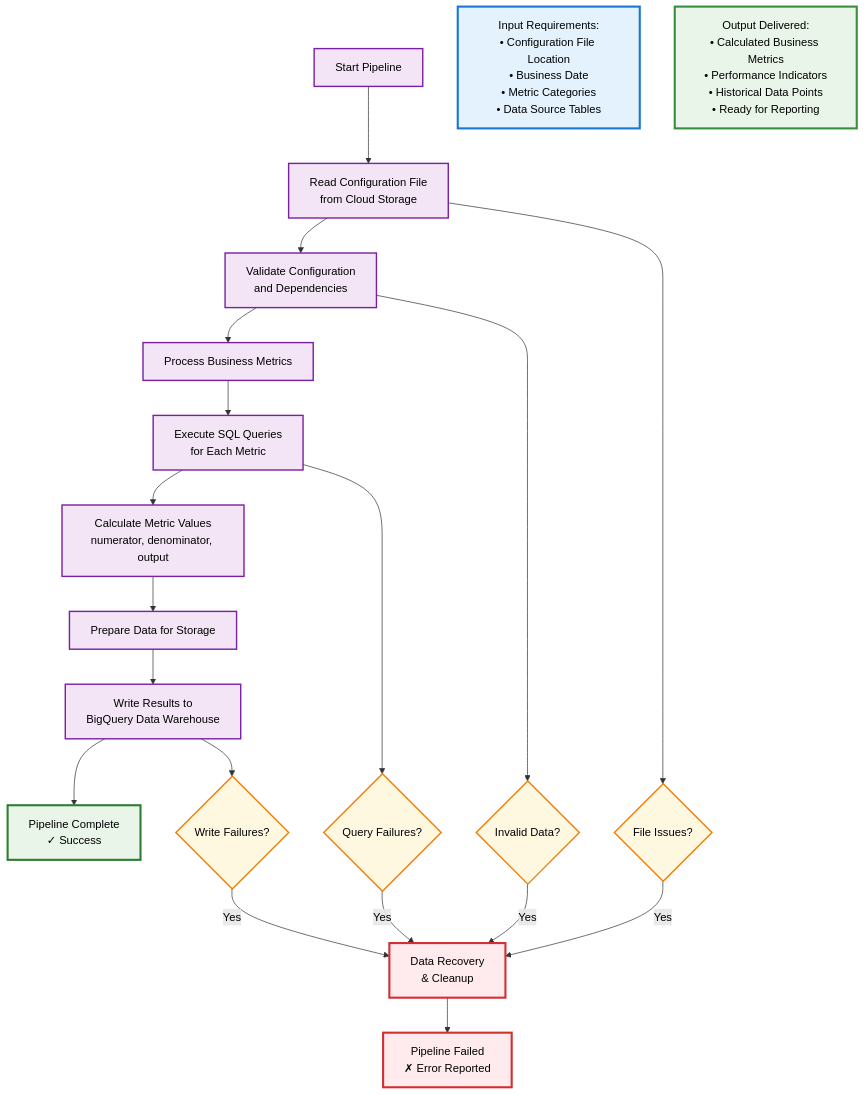
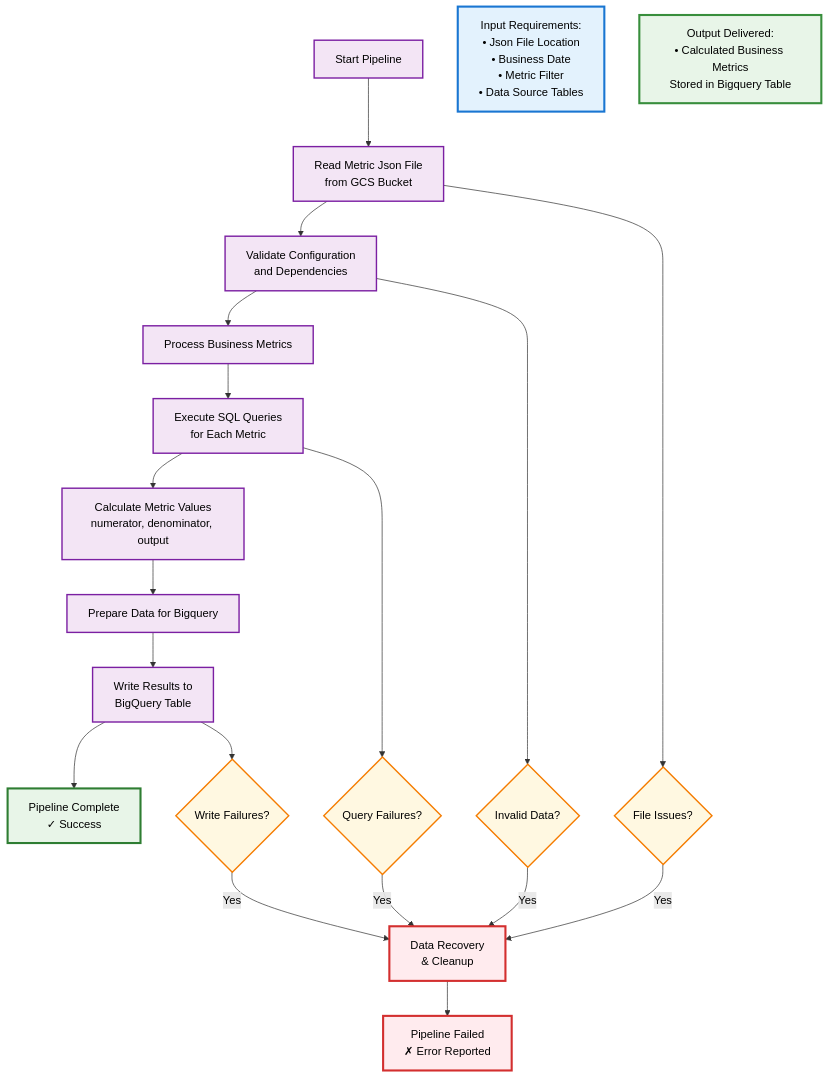
The diagram in metrics_pipeline/pipeline.md (therohanpatell/rohan-repo), drawn with Mermaid before and after one commit.

````diff
--- a/metrics_pipeline/pipeline.md
+++ b/metrics_pipeline/pipeline.md
@@ -1,47 +1,47 @@
 ```mermaid
 %%{ init: { "theme": "default", "themeVariables": { "fontSize": "16px", "fontFamily": "Arial", "primaryColor": "#ffffff", "primaryTextColor": "#000000", "tertiaryTextColor": "#000000", "textColor": "#000000" } } }%%
 
 graph TD
-    A[Start Pipeline] --> B[Read Configuration File<br/>from Cloud Storage]
+    A[Start Pipeline] --> B[Read Metric Json File<br/>from GCS Bucket]
     B --> C[Validate Configuration<br/>and Dependencies]
     C --> D[Process Business Metrics]
     
     D --> E[Execute SQL Queries<br/>for Each Metric]
     E --> F[Calculate Metric Values<br/>numerator, denominator, output]
-    F --> G[Prepare Data for Storage]
+    F --> G[Prepare Data for Bigquery]
     
-    G --> H[Write Results to<br/>BigQuery Data Warehouse]
+    G --> H[Write Results to<br/>BigQuery Table]
     H --> I[Pipeline Complete<br/>✓ Success]
     
     %% Error Path
     B --> J{File Issues?}
     C --> K{Invalid Data?}
     E --> L{Query Failures?}
     H --> M{Write Failures?}
     
     J -->|Yes| N[Data Recovery<br/>& Cleanup]
     K -->|Yes| N
     L -->|Yes| N
     M -->|Yes| N
     
     N --> O[Pipeline Failed<br/>✗ Error Reported]
     
     %% Input/Output Boxes
-    INPUT[Input Requirements:<br/>• Configuration File Location<br/>• Business Date<br/>• Metric Categories<br/>• Data Source Tables]
-    OUTPUT[Output Delivered:<br/>• Calculated Business Metrics<br/>• Performance Indicators<br/>• Historical Data Points<br/>• Ready for Reporting]
+    INPUT[Input Requirements:<br/>• Json File Location<br/>• Business Date<br/>• Metric Filter<br/>• Data Source Tables]
+    OUTPUT[Output Delivered:<br/>• Calculated Business Metrics<br/>Stored in Bigquery Table]
     
     %% Styling
     classDef inputStyle fill:#e3f2fd,stroke:#1976d2,stroke-width:3px
     classDef outputStyle fill:#e8f5e8,stroke:#388e3c,stroke-width:3px
     classDef processStyle fill:#f3e5f5,stroke:#7b1fa2,stroke-width:2px
     classDef successStyle fill:#e8f5e8,stroke:#2e7d32,stroke-width:3px
     classDef errorStyle fill:#ffebee,stroke:#d32f2f,stroke-width:3px
     classDef decisionStyle fill:#fff8e1,stroke:#f57c00,stroke-width:2px
     
     class INPUT inputStyle
     class OUTPUT outputStyle
     class A,B,C,D,E,F,G,H processStyle
     class I successStyle
     class N,O errorStyle
     class J,K,L,M decisionStyle
 ```
````
